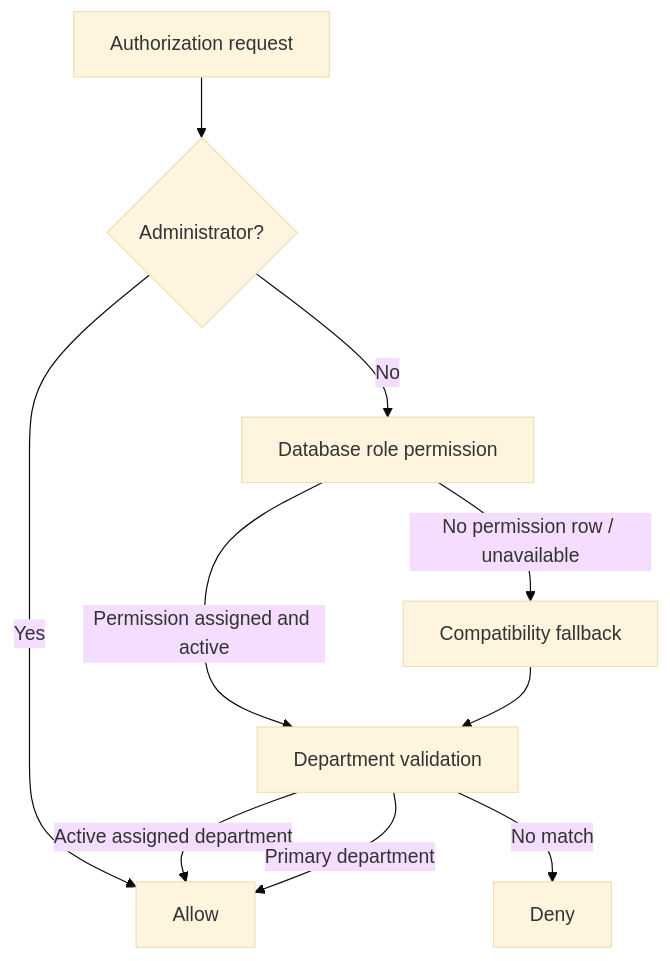
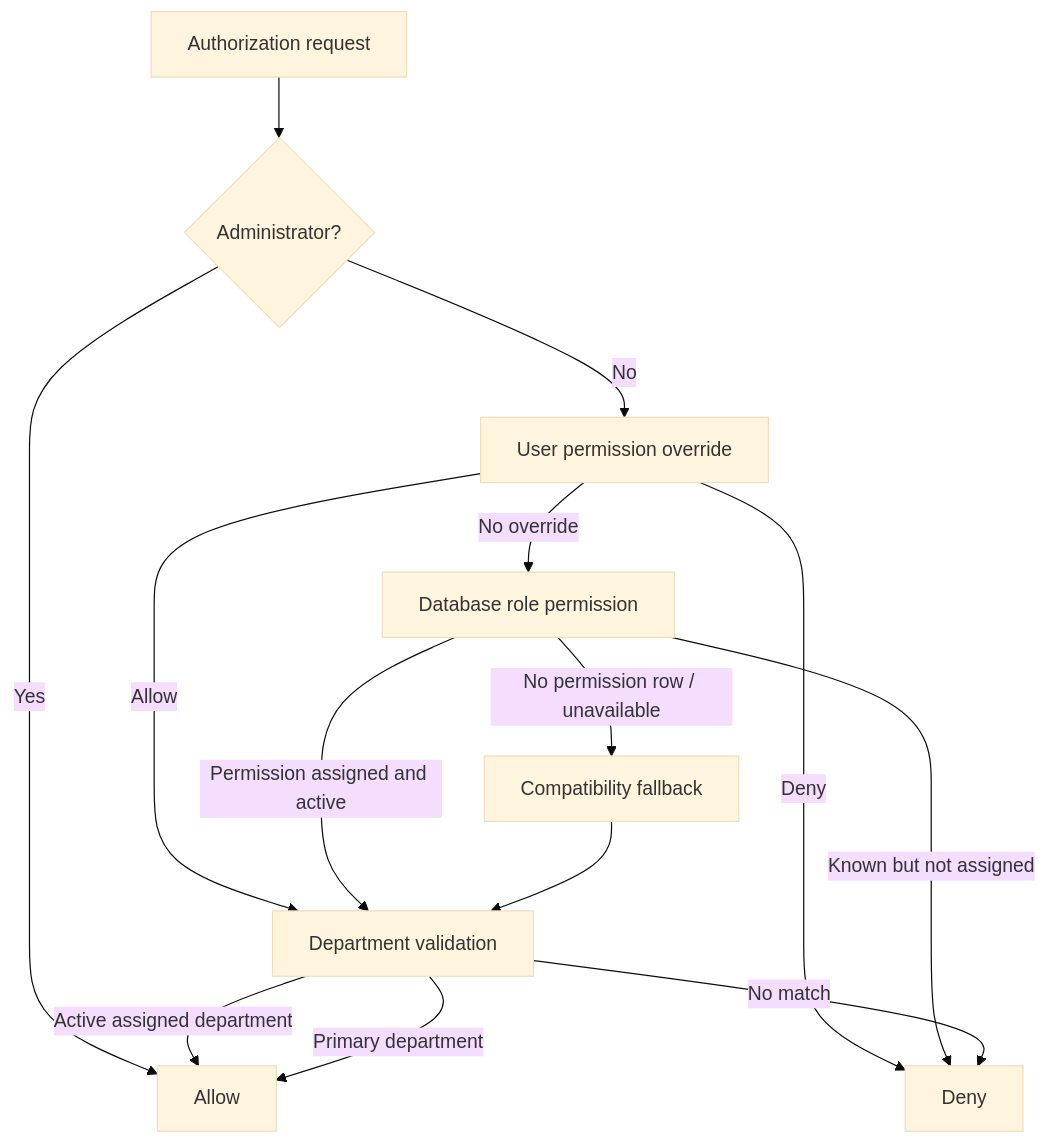
Before and after one commit to Wallem-1089/Zimran: the diagram in PERMISSION_MATRIX.md, drawn with Mermaid (base theme). The commit also changed other lines of this file and 26 other files, not shown here.

````diff
--- a/PERMISSION_MATRIX.md
+++ b/PERMISSION_MATRIX.md
@@ -9,13 +9,17 @@
 ```mermaid
 flowchart TD
     Start[Authorization request]
     Start --> Admin{Administrator?}
     Admin -->|Yes| Allow[Allow]
-    Admin -->|No| DB[Database role permission]
-    DB -->|Permission assigned and active| Dept[Department validation]
+    Admin -->|No| UserOverride[User permission override]
+    UserOverride -->|Allow| Dept[Department validation]
+    UserOverride -->|Deny| Deny[Deny]
+    UserOverride -->|No override| DB[Database role permission]
+    DB -->|Permission assigned and active| Dept
+    DB -->|Known but not assigned| Deny
     DB -->|No permission row / unavailable| Legacy[Compatibility fallback]
     Legacy --> Dept
     Dept -->|Active assigned department| Allow
     Dept -->|Primary department| Allow
-    Dept -->|No match| Deny[Deny]
+    Dept -->|No match| Deny
 ```
````
